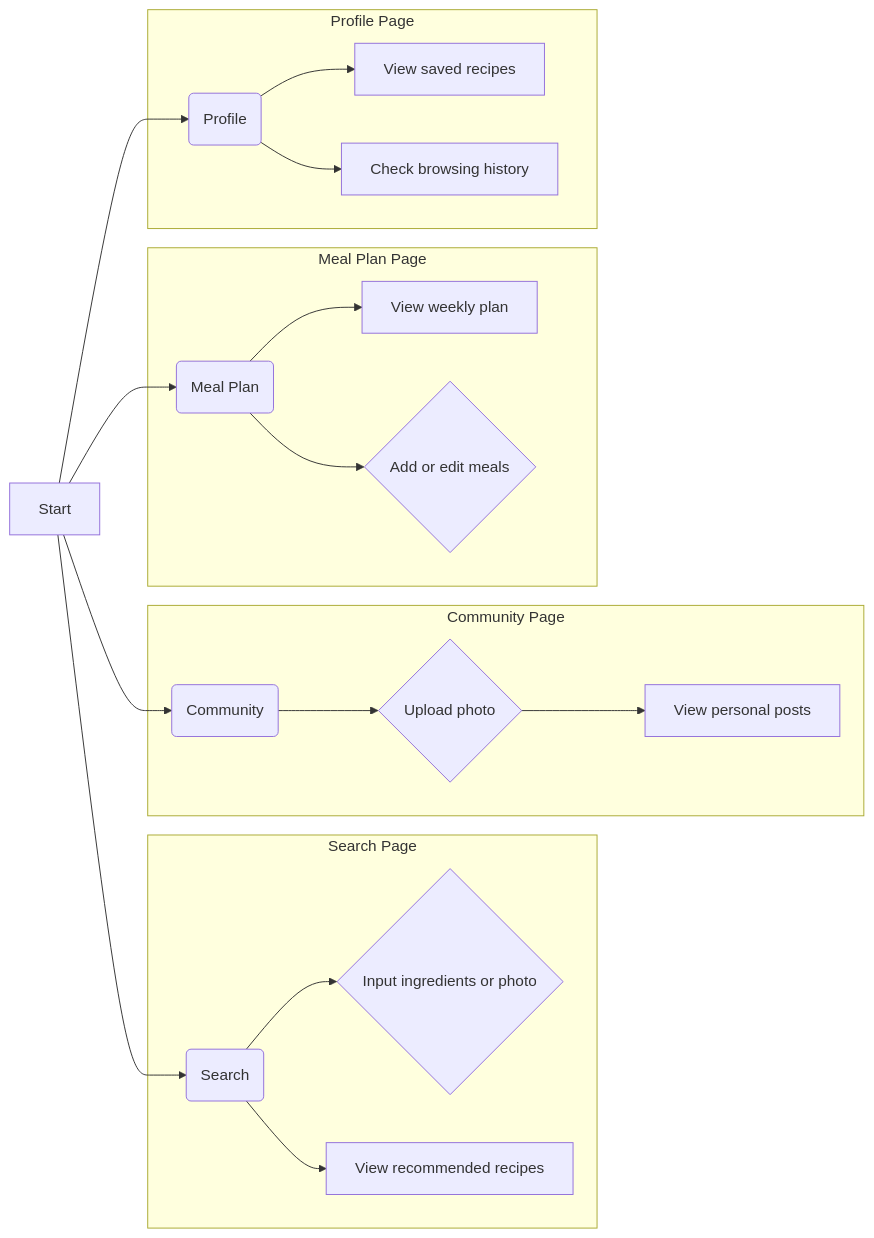
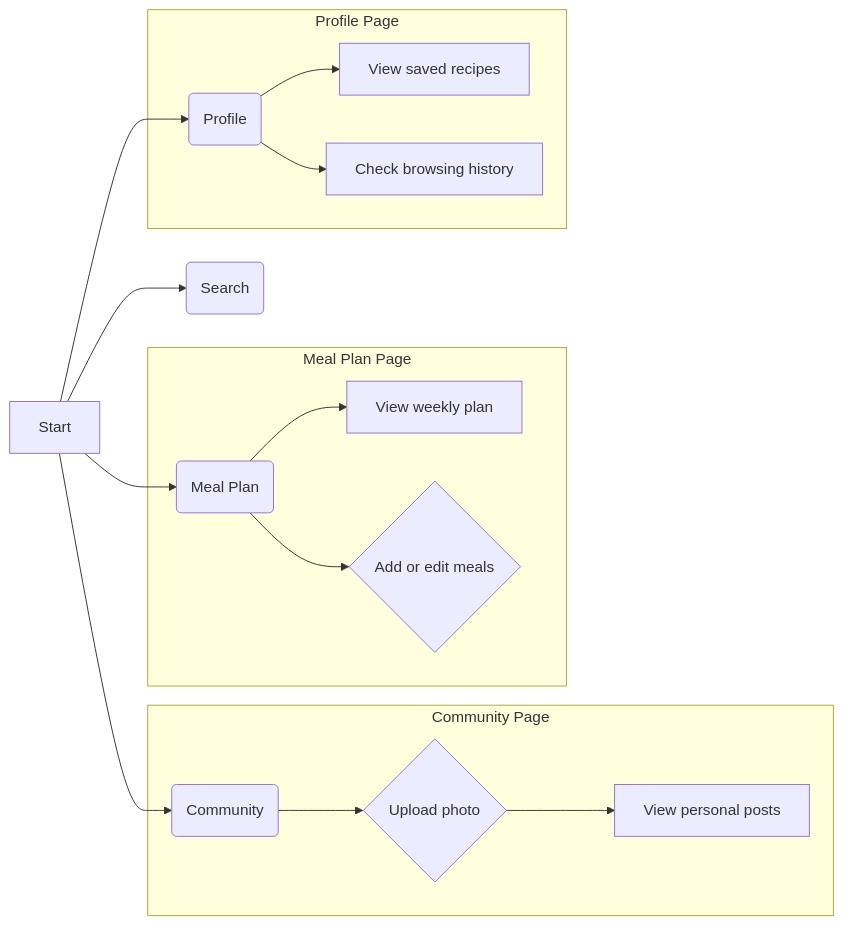
One commit to seven8301/iodraw-files changed the diagram in all/未命名-2.md. Above: the diagram before and after it, drawn with Mermaid.

Commit message:
2025-04-09 19:21:26 update

````diff
--- a/all/未命名-2.md
+++ b/all/未命名-2.md
@@ -1,27 +1,24 @@
 ```mermaid
 graph LR
     A[Start] --> B(Search);
     A --> C(Community);
     A --> D(Meal Plan);
     A --> E(Profile);
     
-    subgraph "Search Page"
-        B --> F{Input ingredients or photo};
-        B --> G[View recommended recipes];
-    end
+   
 
     subgraph "Community Page"
         C --> H{Upload photo};
         H --> I[View personal posts];
     end
     
     subgraph "Meal Plan Page"
         D --> J[View weekly plan];
         D --> K{Add or edit meals};
     end
     
     subgraph "Profile Page"
         E --> L[View saved recipes];
         E --> M[Check browsing history];
     end
 ```
````
